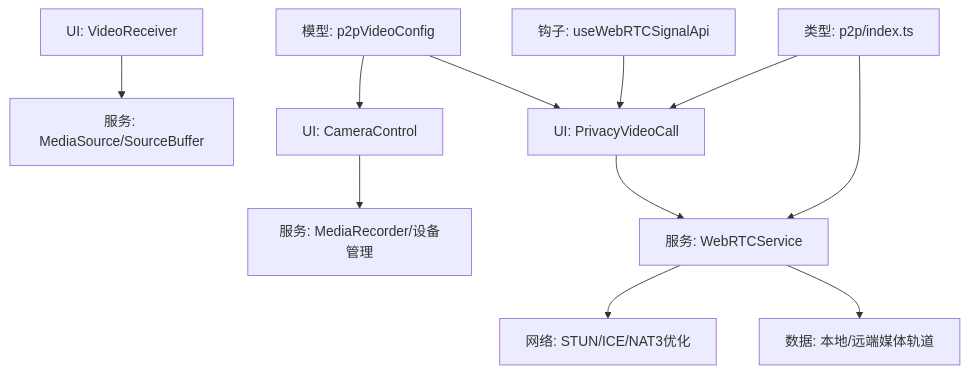
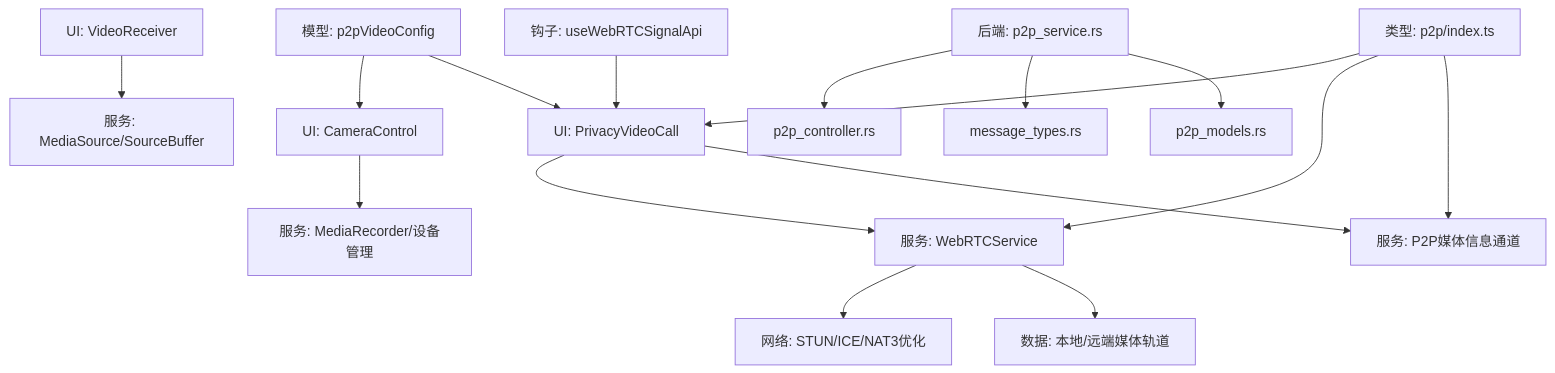
The second of 8 diagrams in .qoder/repowiki/zh/content/UI组件库/媒体组件.md (nicolastinger/only-talk-app), drawn with Mermaid before and after one commit. The commit also changed other lines of this file and 12 other files, not shown here.

````diff
--- a/.qoder/repowiki/zh/content/UI组件库/媒体组件.md
+++ b/.qoder/repowiki/zh/content/UI组件库/媒体组件.md
@@ -122,13 +146,18 @@
 ```mermaid
 graph TB
 UI_CC["UI: CameraControl"] --> SVC_MEDIA["服务: MediaRecorder/设备管理"]
 UI_VR["UI: VideoReceiver"] --> SVC_MS["服务: MediaSource/SourceBuffer"]
 UI_PVC["UI: PrivacyVideoCall"] --> SVC_WRS["服务: WebRTCService"]
+UI_PVC --> SVC_P2PS["服务: P2P媒体信息通道"]
 SVC_WRS --> NET["网络: STUN/ICE/NAT3优化"]
 SVC_WRS --> DATA["数据: 本地/远端媒体轨道"]
 SVC_UWSA["钩子: useWebRTCSignalApi"] --> UI_PVC
 CFG["模型: p2pVideoConfig"] --> UI_CC
 CFG --> UI_PVC
 TYPES["类型: p2p/index.ts"] --> UI_PVC
 TYPES --> SVC_WRS
+TYPES --> SVC_P2PS
+P2PS["后端: p2p_service.rs"] --> P2PCTRL["p2p_controller.rs"]
+P2PS --> MSGTYPE["message_types.rs"]
+P2PS --> P2PMODEL["p2p_models.rs"]
 ```
````
